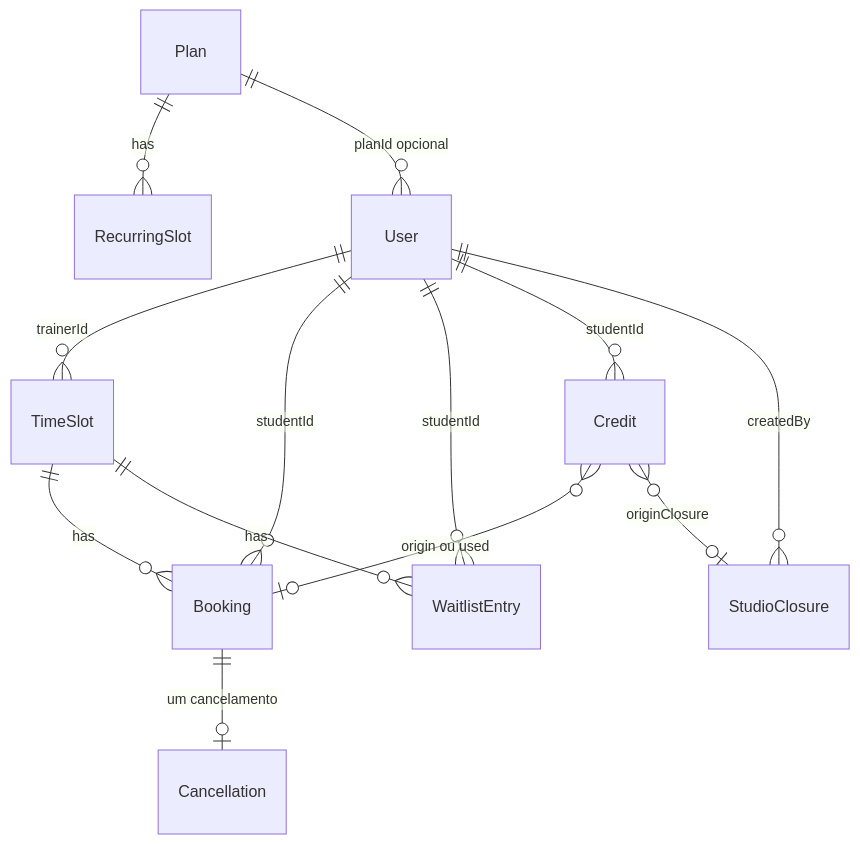
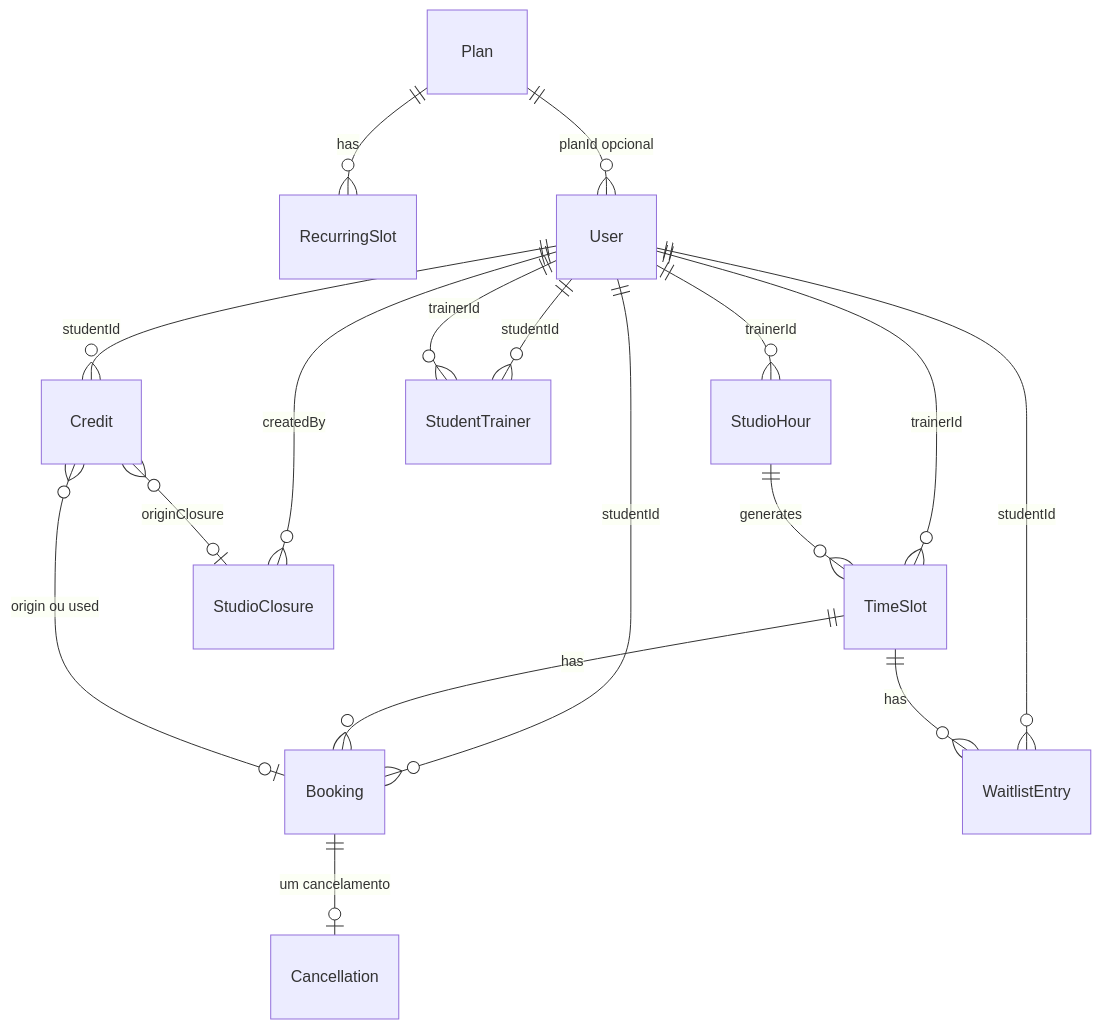
One commit to gylmonteiro-dev/studioemar changed the diagram in docs/DOMAIN.md. Above: the diagram before and after it, drawn with Mermaid. The commit also changed other lines of this file and 32 other files, not shown here.

````diff
--- a/docs/DOMAIN.md
+++ b/docs/DOMAIN.md
@@ -13,15 +13,19 @@
 ```mermaid
 erDiagram
   Plan ||--o{ RecurringSlot : has
   Plan ||--o{ User : "planId opcional"
   User ||--o{ TimeSlot : "trainerId"
+  User ||--o{ StudioHour : "trainerId"
   User ||--o{ Booking : "studentId"
   User ||--o{ WaitlistEntry : "studentId"
   User ||--o{ Credit : "studentId"
   User ||--o{ StudioClosure : "createdBy"
+  User ||--o{ StudentTrainer : "studentId"
+  User ||--o{ StudentTrainer : "trainerId"
+  StudioHour ||--o{ TimeSlot : generates
   TimeSlot ||--o{ Booking : has
   TimeSlot ||--o{ WaitlistEntry : has
   Booking ||--o| Cancellation : "um cancelamento"
   Credit }o--o| Booking : "origin ou used"
   Credit }o--o| StudioClosure : "originClosure"
 ```
````
